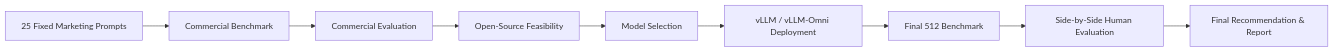
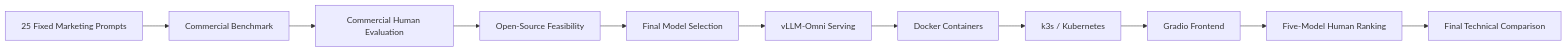
One commit to SadeemAlBoqami/beamdata-go-to-market-image-generation changed the first of 2 diagrams in README.md. Above: the diagram before and after it, drawn with Mermaid. The commit also changed other lines of this file, not shown here.

Commit message:
Update final project README

````diff
--- a/README.md
+++ b/README.md
@@ -55,11 +59,13 @@
 ```mermaid
 flowchart LR
     A[25 Fixed Marketing Prompts] --> B[Commercial Benchmark]
-    B --> C[Commercial Evaluation]
+    B --> C[Commercial Human Evaluation]
     C --> D[Open-Source Feasibility]
-    D --> E[Model Selection]
-    E --> F[vLLM / vLLM-Omni Deployment]
-    F --> G[Final 512 Benchmark]
-    G --> H[Side-by-Side Human Evaluation]
-    H --> I[Final Recommendation & Report]
+    D --> E[Final Model Selection]
+    E --> F[vLLM-Omni Serving]
+    F --> G[Docker Containers]
+    G --> H[k3s / Kubernetes]
+    H --> I[Gradio Frontend]
+    I --> J[Five-Model Human Ranking]
+    J --> K[Final Technical Comparison]
 ```
````
